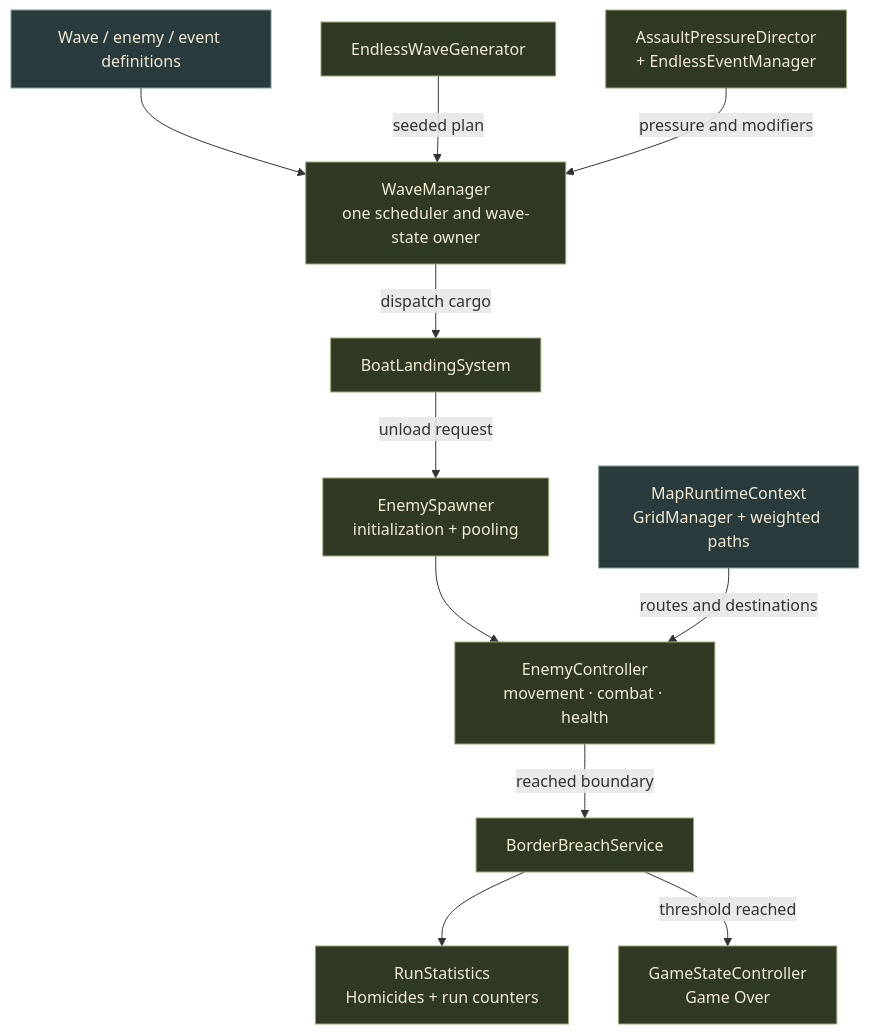
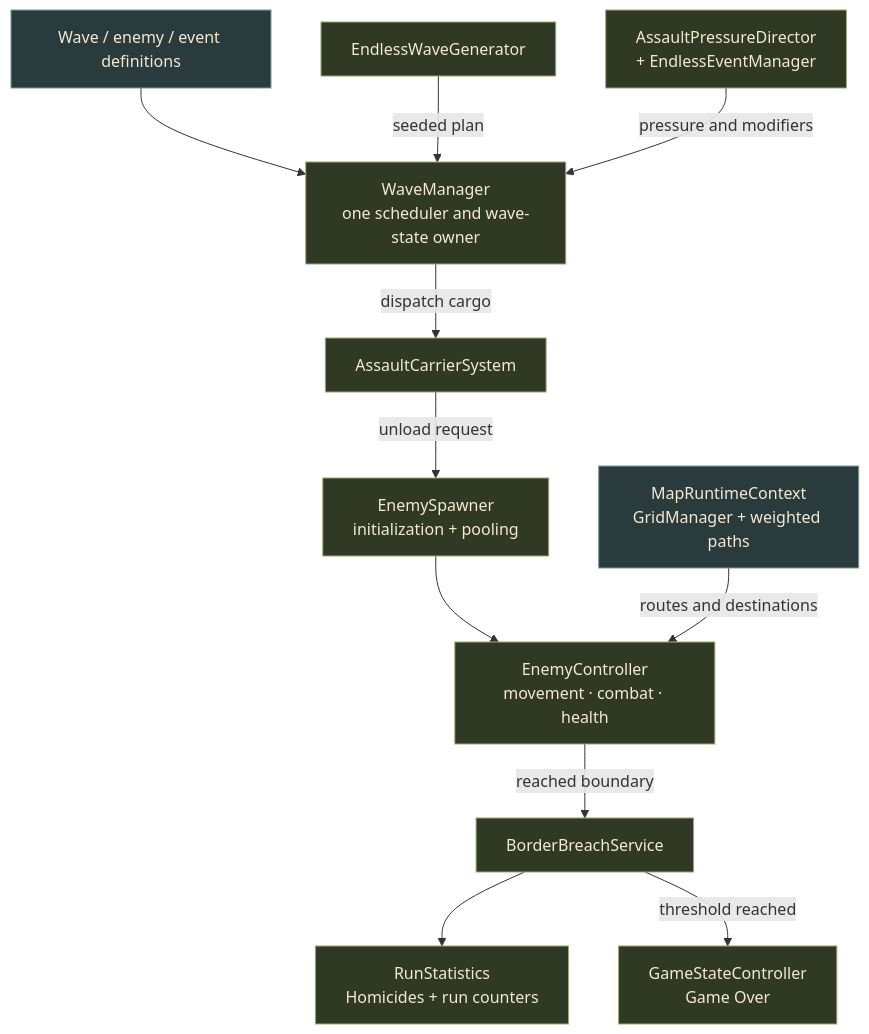
Before and after one commit to slavisa-simic/tower-defense-ai: the second of 3 diagrams in README.md, drawn with Mermaid. The commit also changed other lines of this file and 996 other files, not shown here.

````diff
--- a/README.md
+++ b/README.md
@@ -123,19 +117,19 @@
 ```mermaid
 flowchart TD
     accTitle: Wave planning, landing and breach ownership
-    accDescr: WaveManager owns the seeded plan and policies, dispatches boats, and delegates enemy creation to EnemySpawner. Enemies follow map routes and resolve breaches through the shared breach service and statistics.
+    accDescr: WaveManager owns the seeded plan and policies, dispatches biological arrivals, and delegates enemy creation to EnemySpawner. Enemies follow map routes and resolve breaches through the shared breach service and statistics.
     Rules["Wave / enemy / event definitions"] --> Waves["WaveManager<br/>one scheduler and wave-state owner"]
     Generator["EndlessWaveGenerator"] -->|seeded plan| Waves
     Policy["AssaultPressureDirector<br/>+ EndlessEventManager"] -->|pressure and modifiers| Waves
-    Waves -->|dispatch cargo| Boats["BoatLandingSystem"]
+    Waves -->|dispatch cargo| Boats["AssaultCarrierSystem"]
     Boats -->|unload request| Spawner["EnemySpawner<br/>initialization + pooling"]
     Spawner --> Enemies["EnemyController<br/>movement · combat · health"]
     Map["MapRuntimeContext<br/>GridManager + weighted paths"] -->|routes and destinations| Enemies
     Enemies -->|reached boundary| Breach["BorderBreachService"]
     Breach --> Stats["RunStatistics<br/>Homicides + run counters"]
     Breach -->|threshold reached| Game["GameStateController<br/>Game Over"]
     classDef data fill:#293b3c,stroke:#7d9b91,color:#f3ead4
     classDef state fill:#303923,stroke:#9ca777,color:#f3ead4
     class Rules,Map data
     class Waves,Generator,Policy,Boats,Spawner,Enemies,Breach,Stats,Game state
 ```
````
